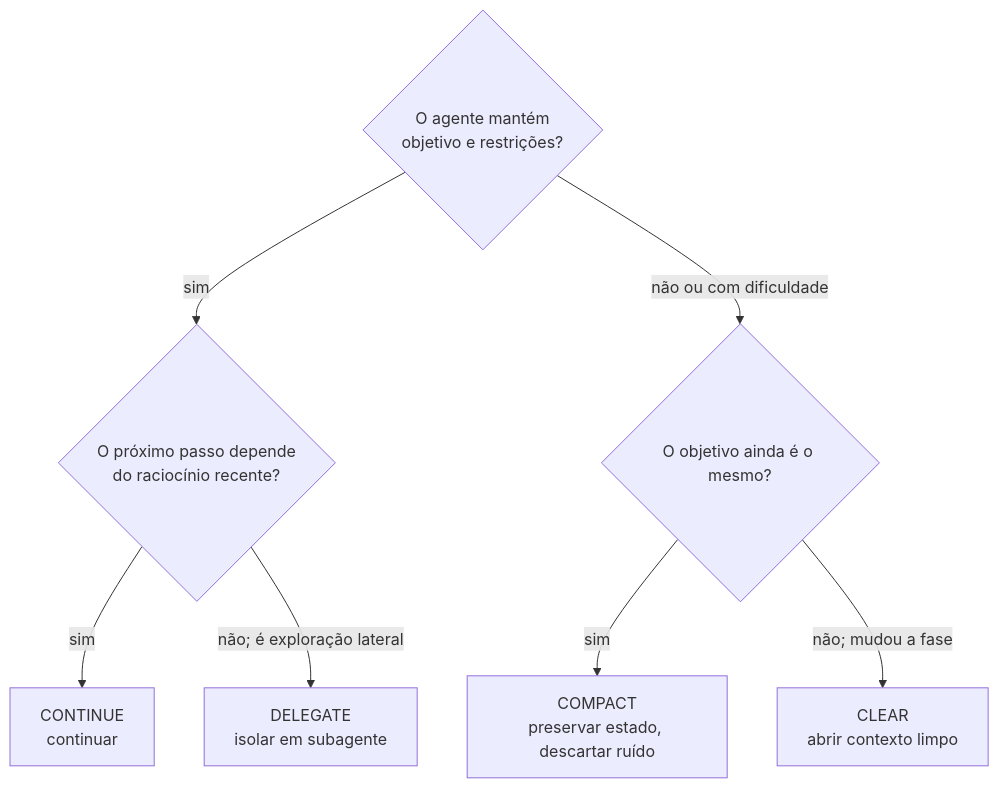
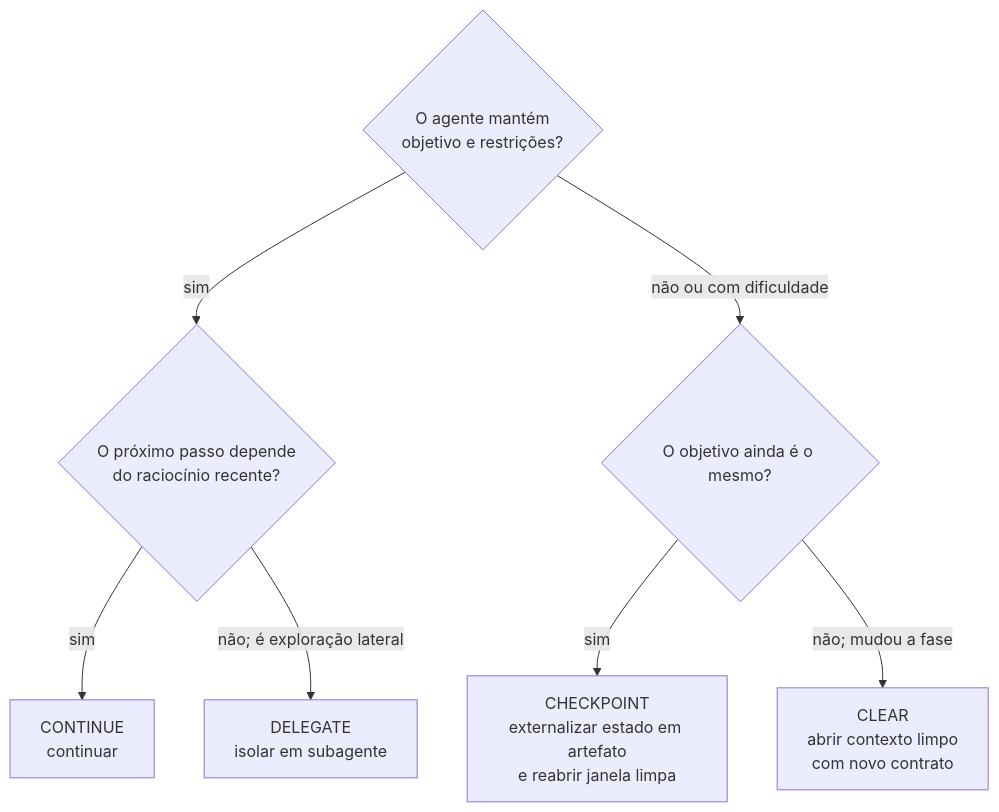
Before and after one commit to Erick-Marinho/do-zero-ao-agente: the third of 4 diagrams in docs/livro/01-fundamentos.md, drawn with Mermaid. The commit also changed other lines of this file and 10 other files, not shown here.

````diff
--- a/docs/livro/01-fundamentos.md
+++ b/docs/livro/01-fundamentos.md
@@ -105,10 +105,10 @@
 ```mermaid
 flowchart TD
     A{O agente mantém<br/>objetivo e restrições?}
     A -->|sim| B{O próximo passo depende<br/>do raciocínio recente?}
     B -->|sim| C[CONTINUE<br/>continuar]
     B -->|não; é exploração lateral| D[DELEGATE<br/>isolar em subagente]
     A -->|não ou com dificuldade| E{O objetivo ainda é o mesmo?}
-    E -->|sim| F[COMPACT<br/>preservar estado, descartar ruído]
-    E -->|não; mudou a fase| G[CLEAR<br/>abrir contexto limpo]
+    E -->|sim| F[CHECKPOINT<br/>externalizar estado em artefato<br/>e reabrir janela limpa]
+    E -->|não; mudou a fase| G[CLEAR<br/>abrir contexto limpo<br/>com novo contrato]
 ```
````
